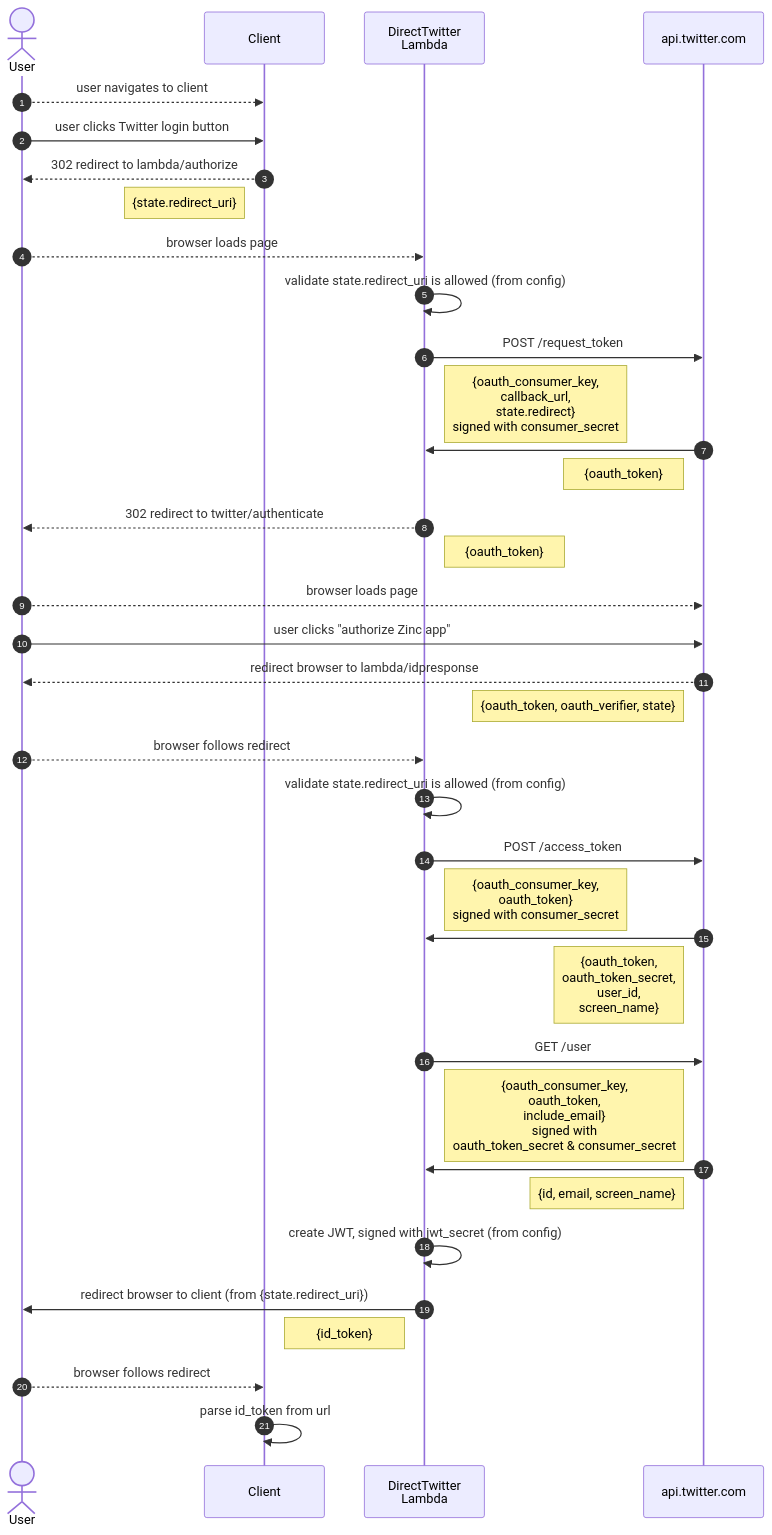
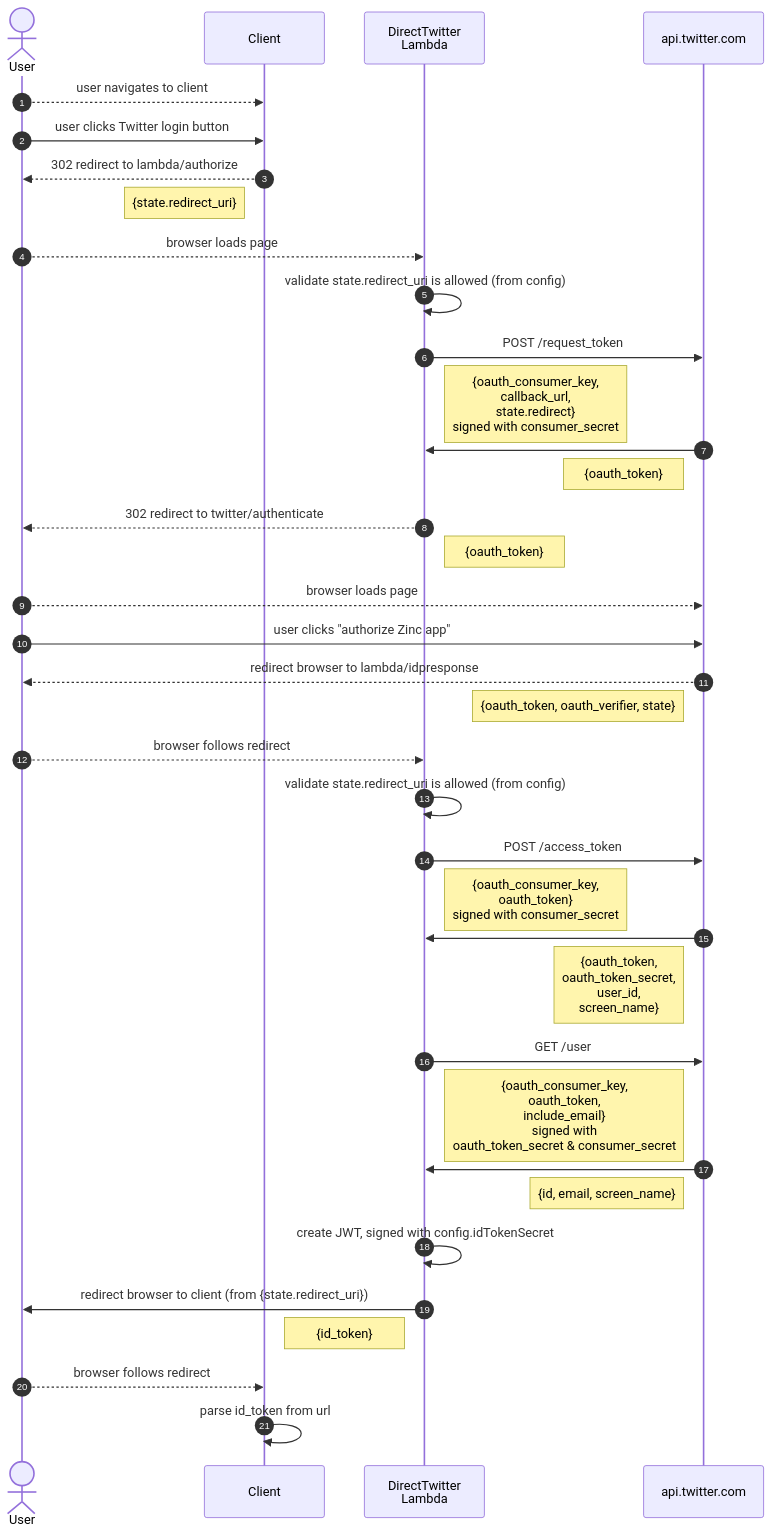
One commit to shorn/zinc changed the diagram in aws-infra/lambda/doc/direct-twitter-sign-in.md. Above: the diagram before and after it, drawn with Mermaid.

````diff
--- a/aws-infra/lambda/doc/direct-twitter-sign-in.md
+++ b/aws-infra/lambda/doc/direct-twitter-sign-in.md
@@ -9,41 +9,41 @@
 ```mermaid
 sequenceDiagram
 autonumber
 actor user as User
 participant client as Client
 participant lambda as DirectTwitter<br/>Lambda
 participant idp as api.twitter.com
 
 user-->>client: user navigates to client
 user->>client: user clicks Twitter login button
 client-->>user: 302 redirect to lambda/authorize
 note left of client: {state.redirect_uri}
 user-->>lambda: browser loads page
 lambda->>lambda: validate state.redirect_uri is allowed (from config)
 lambda->>idp: POST /request_token
 note right of lambda: {oauth_consumer_key,<br/>callback_url,<br/>state.redirect}<br/>signed with consumer_secret 
 idp->>lambda: 
 note left of idp: {oauth_token}
 lambda-->>user: 302 redirect to twitter/authenticate
 note right of lambda: {oauth_token}
 user-->>idp: browser loads page
 user->>idp: user clicks "authorize Zinc app" 
 idp-->>user: redirect browser to lambda/idpresponse
 note left of idp: {oauth_token, oauth_verifier, state}
 user-->>lambda: browser follows redirect
 lambda->>lambda: validate state.redirect_uri is allowed (from config)
 lambda->>idp: POST /access_token
 note right of lambda: {oauth_consumer_key,<br/>oauth_token}<br/>signed with consumer_secret
 idp->>lambda: 
 note left of idp: {oauth_token,<br/>oauth_token_secret,<br/>user_id,<br/>screen_name} 
 lambda->>idp: GET /user
 note right of lambda: {oauth_consumer_key,<br/>oauth_token,<br/>include_email}<br/>signed with<br/>oauth_token_secret & consumer_secret
 idp->>lambda: 
 note left of idp: {id, email, screen_name}
-lambda->>lambda: create JWT, signed with jwt_secret (from config)
+lambda->>lambda: create JWT, signed with config.idTokenSecret
 lambda->>user: redirect browser to client (from {state.redirect_uri}) 
 note left of lambda: {id_token}
 user-->>client: browser follows redirect
 client->>client: parse id_token from url
 
 ```
````
